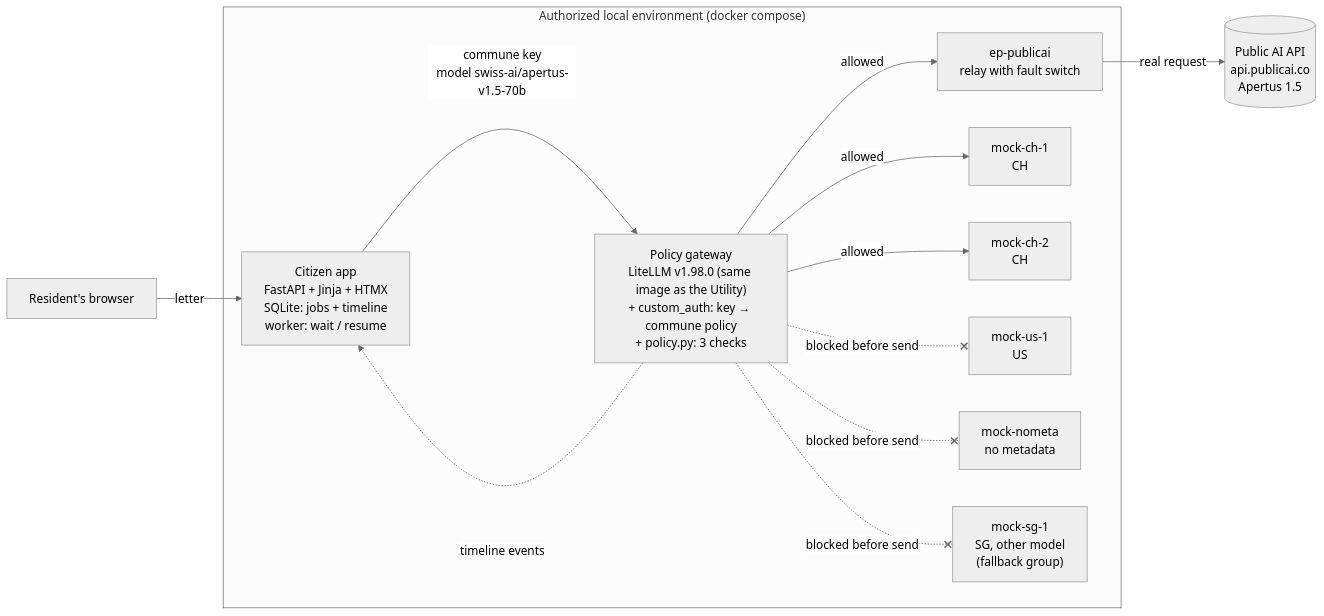
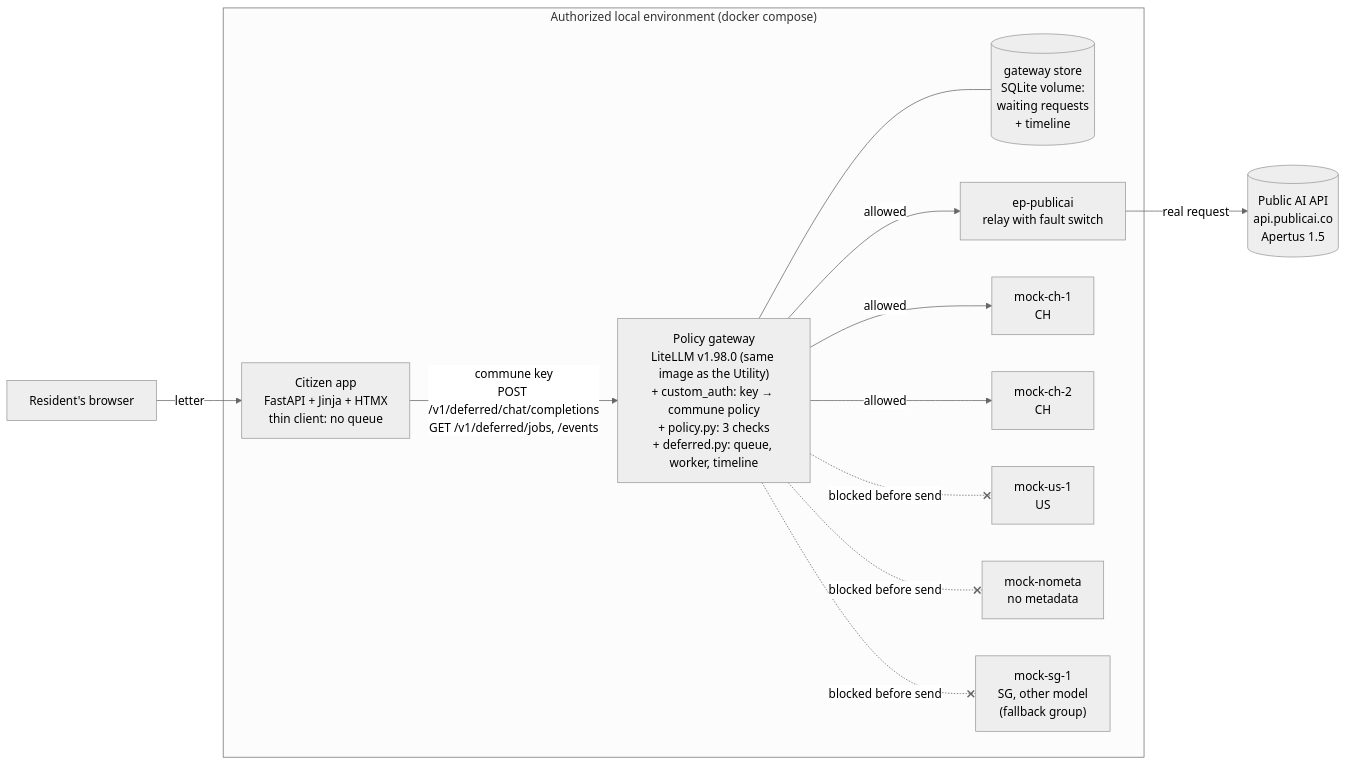
One commit to SRGSSR/srgssr-zh-hackathon-2026 changed the diagram in README.md. Above: the diagram before and after it, drawn with Mermaid (neutral theme). The commit also changed other lines of this file and 11 other files, not shown here.

First line of the commit message:
Move waiting and resume into the gateway (deferred requests)

````diff
--- a/README.md
+++ b/README.md
@@ -36,23 +36,24 @@
 ```mermaid
 flowchart LR
   R[Resident's browser] -->|letter| APP
   subgraph local["Authorized local environment (docker compose)"]
-    APP["Citizen app<br/>FastAPI + Jinja + HTMX<br/>SQLite: jobs + timeline<br/>worker: wait / resume"]
-    GW["Policy gateway<br/>LiteLLM v1.98.0 (same image as the Utility)<br/>+ custom_auth: key → commune policy<br/>+ policy.py: 3 checks"]
-    APP -->|"commune key<br/>model swiss-ai/apertus-v1.5-70b"| GW
-    GW -.->|timeline events| APP
+    APP["Citizen app<br/>FastAPI + Jinja + HTMX<br/>thin client: no queue"]
+    GW["Policy gateway<br/>LiteLLM v1.98.0 (same image as the Utility)<br/>+ custom_auth: key → commune policy<br/>+ policy.py: 3 checks<br/>+ deferred.py: queue, worker, timeline"]
+    ST[("gateway store<br/>SQLite volume:<br/>waiting requests<br/>+ timeline")]
+    APP -->|"commune key<br/>POST /v1/deferred/chat/completions<br/>GET /v1/deferred/jobs, /events"| GW
+    GW --- ST
     PUB["ep-publicai<br/>relay with fault switch"]
     CH1[mock-ch-1<br/>CH]
     CH2[mock-ch-2<br/>CH]
     US[mock-us-1<br/>US]
     NM[mock-nometa<br/>no metadata]
     SG["mock-sg-1<br/>SG, other model<br/>(fallback group)"]
   end
   GW -->|allowed| PUB
   GW -->|allowed| CH1
   GW -->|allowed| CH2
   GW -.-x|blocked before send| US
   GW -.-x|blocked before send| NM
   GW -.-x|blocked before send| SG
   PUB -->|real request| PAPI[(Public AI API<br/>api.publicai.co<br/>Apertus 1.5)]
 ```
````
